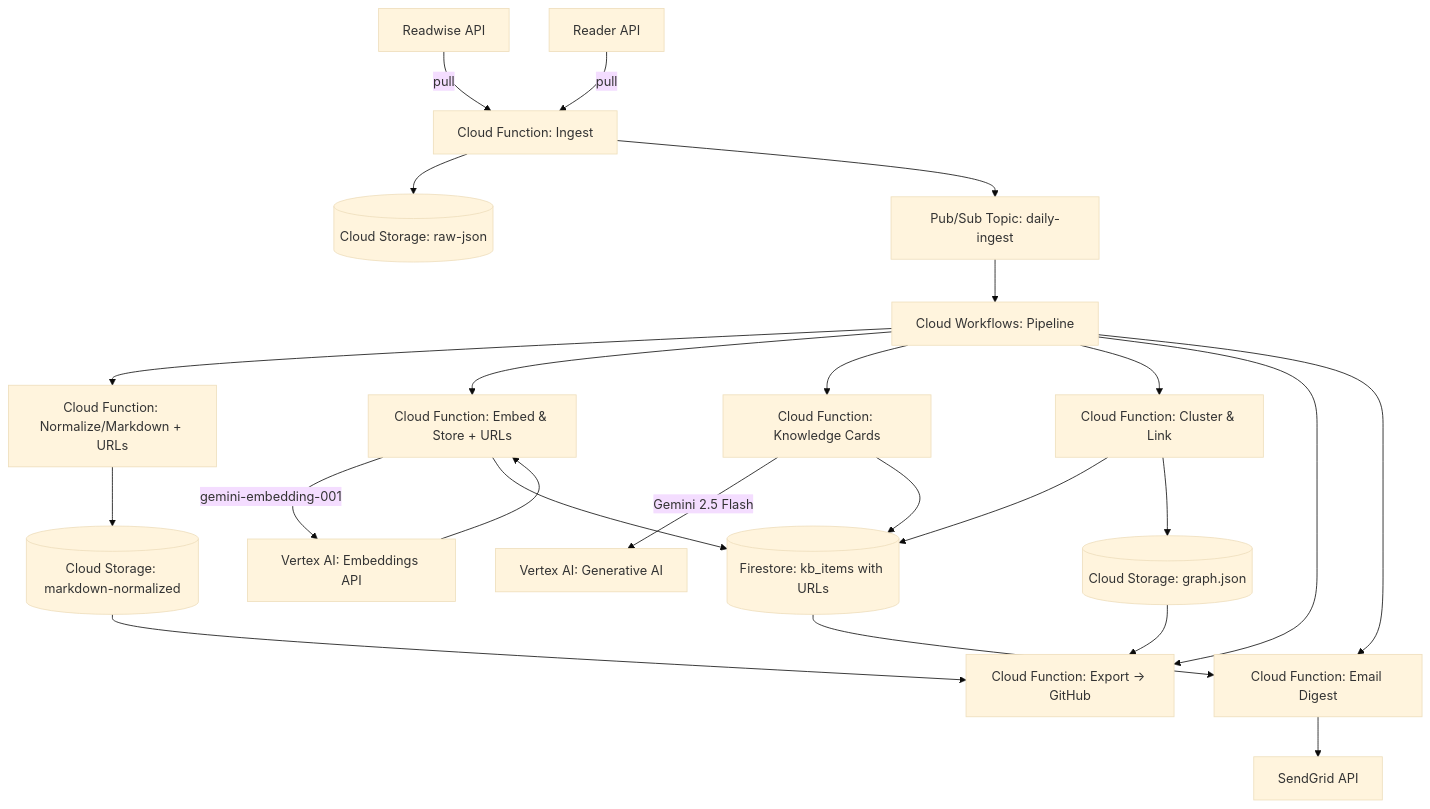
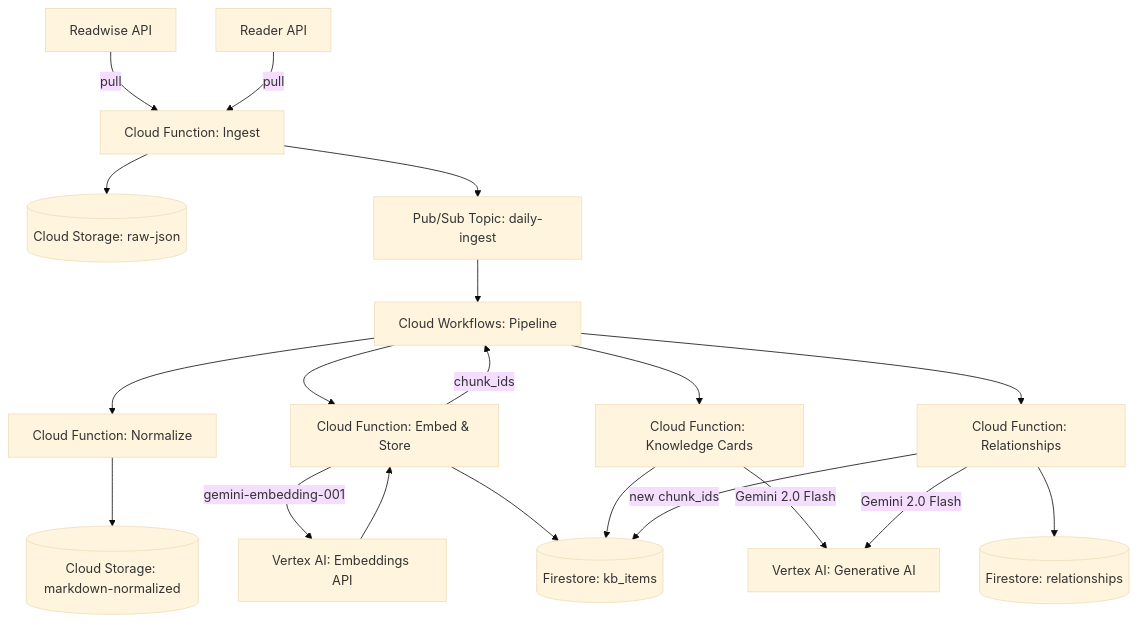
Before and after one commit to chrismmuc/kx-hub: the first of 4 diagrams in docs/architecture.md, drawn with Mermaid (base theme). The commit also changed other lines of this file, not shown here.

First line of the commit message:
docs: Update architecture.md with new batch pipeline structure

````diff
--- a/docs/architecture.md
+++ b/docs/architecture.md
@@ -15,34 +43,28 @@
 ```mermaid
 flowchart TB
   RW[Readwise API] -->|pull| F1[Cloud Function: Ingest]
   RR[Reader API]   -->|pull| F1
 
   F1 --> GCS_RAW[(Cloud Storage: raw-json)]
   F1 --> PS_TOPIC[Pub/Sub Topic: daily-ingest]
 
   PS_TOPIC --> WF[Cloud Workflows: Pipeline]
 
-  WF --> F2[Cloud Function: Normalize/Markdown + URLs]
+  WF --> F2[Cloud Function: Normalize]
   F2 --> GCS_MD[(Cloud Storage: markdown-normalized)]
 
-  WF --> F3[Cloud Function: Embed & Store + URLs]
+  WF --> F3[Cloud Function: Embed & Store]
   F3 -->|gemini-embedding-001| V_EMB[Vertex AI: Embeddings API]
   V_EMB --> F3
-  F3 --> FS_KB[(Firestore: kb_items with URLs)]
+  F3 --> FS_KB[(Firestore: kb_items)]
+  F3 -->|chunk_ids| WF
 
   WF --> F4[Cloud Function: Knowledge Cards]
-  F4 -->|Gemini 2.5 Flash| V_GEN[Vertex AI: Generative AI]
+  F4 -->|Gemini 2.0 Flash| V_GEN[Vertex AI: Generative AI]
   F4 --> FS_KB
 
-  WF --> F5[Cloud Function: Cluster & Link]
-  F5 --> FS_KB
-  F5 --> GCS_GRAPH[(Cloud Storage: graph.json)]
-
-  WF --> F6[Cloud Function: Export → GitHub]
-  GCS_MD --> F6
-  GCS_GRAPH --> F6
-
-  WF --> F7[Cloud Function: Email Digest]
-  FS_KB --> F7
-  F7 --> SENDGRID[SendGrid API]
+  WF --> F5[Cloud Function: Relationships]
+  F5 -->|Gemini 2.0 Flash| V_GEN
+  F5 -->|new chunk_ids| FS_KB
+  F5 --> FS_REL[(Firestore: relationships)]
 ```
````
